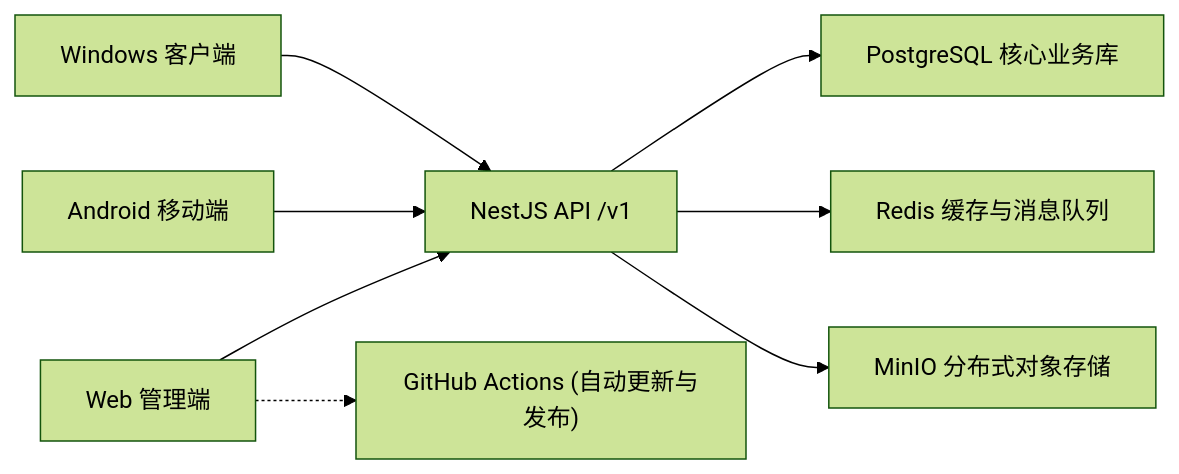
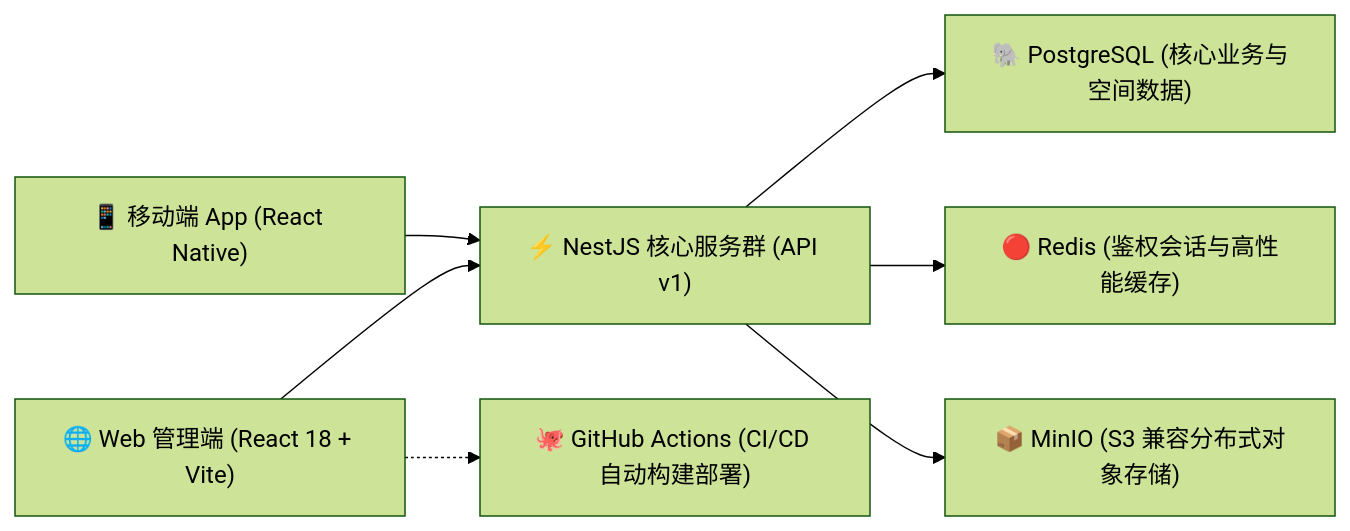
One commit to tony-wang1990/W-Light changed the diagram in README.md. Above: the diagram before and after it, drawn with Mermaid (forest theme). The commit also changed other lines of this file, not shown here.

````diff
--- a/README.md
+++ b/README.md
@@ -7,10 +40,11 @@
 ```mermaid
 flowchart LR
-  Web["Web 管理端"] --> Api["NestJS API /v1"]
-  Mobile["Android 移动端"] --> Api
-  Desktop["Windows 客户端"] --> Api
-  Api --> Pg["PostgreSQL 核心业务库"]
-  Api --> Redis["Redis 缓存与消息队列"]
-  Api --> Minio["MinIO 分布式对象存储"]
-  Web -.-> Github["GitHub Actions (自动更新与发布)"]
+  Web["🌐 Web 管理端 (React 18 + Vite)"] --> Api["⚡ NestJS 核心服务群 (API v1)"]
+  Mobile["📱 移动端 App (React Native)"] --> Api
+  
+  Api --> Pg["🐘 PostgreSQL (核心业务与空间数据)"]
+  Api --> Redis["🔴 Redis (鉴权会话与高性能缓存)"]
+  Api --> Minio["📦 MinIO (S3 兼容分布式对象存储)"]
+  
+  Web -.-> Github["🐙 GitHub Actions (CI/CD 自动构建部署)"]
 ```
````
